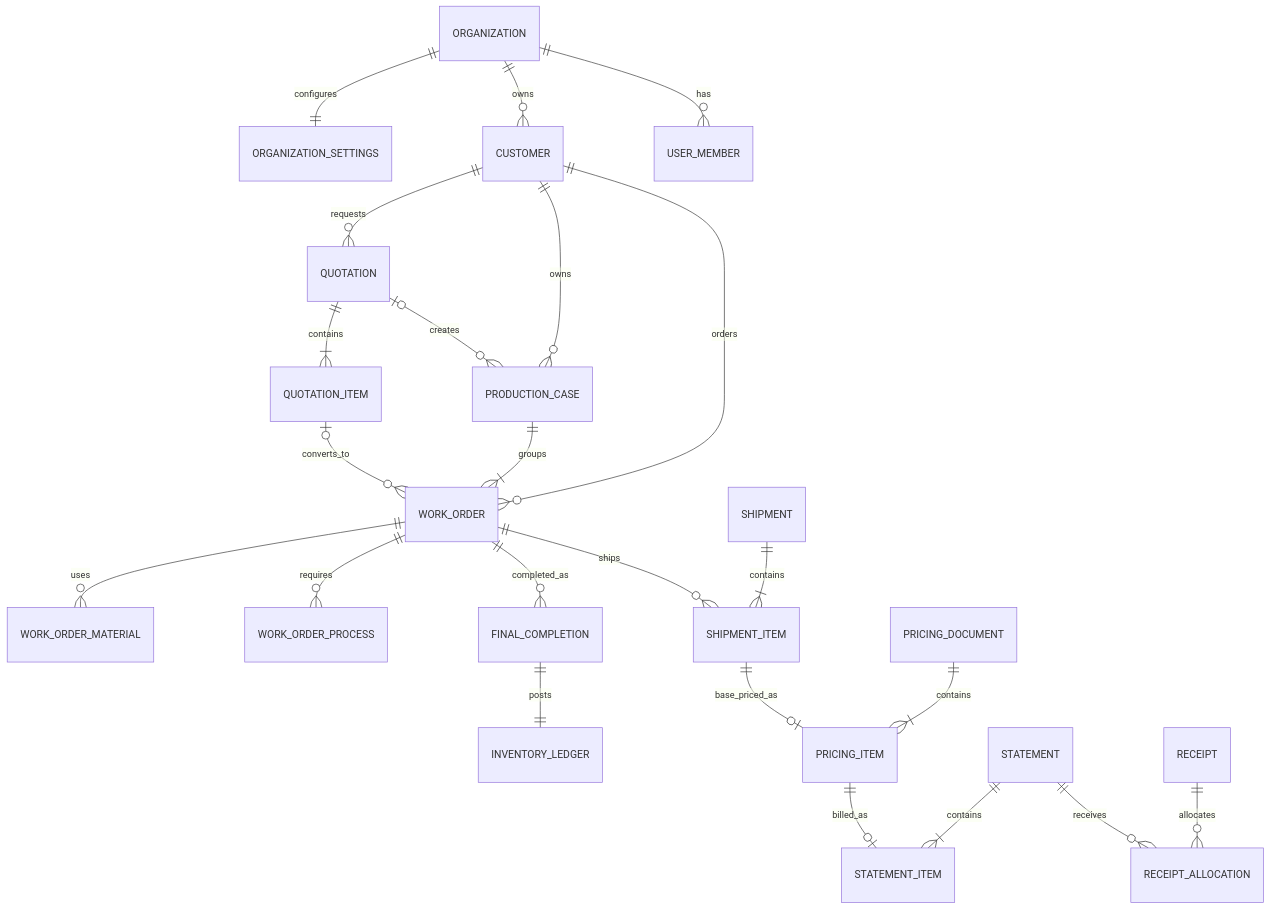
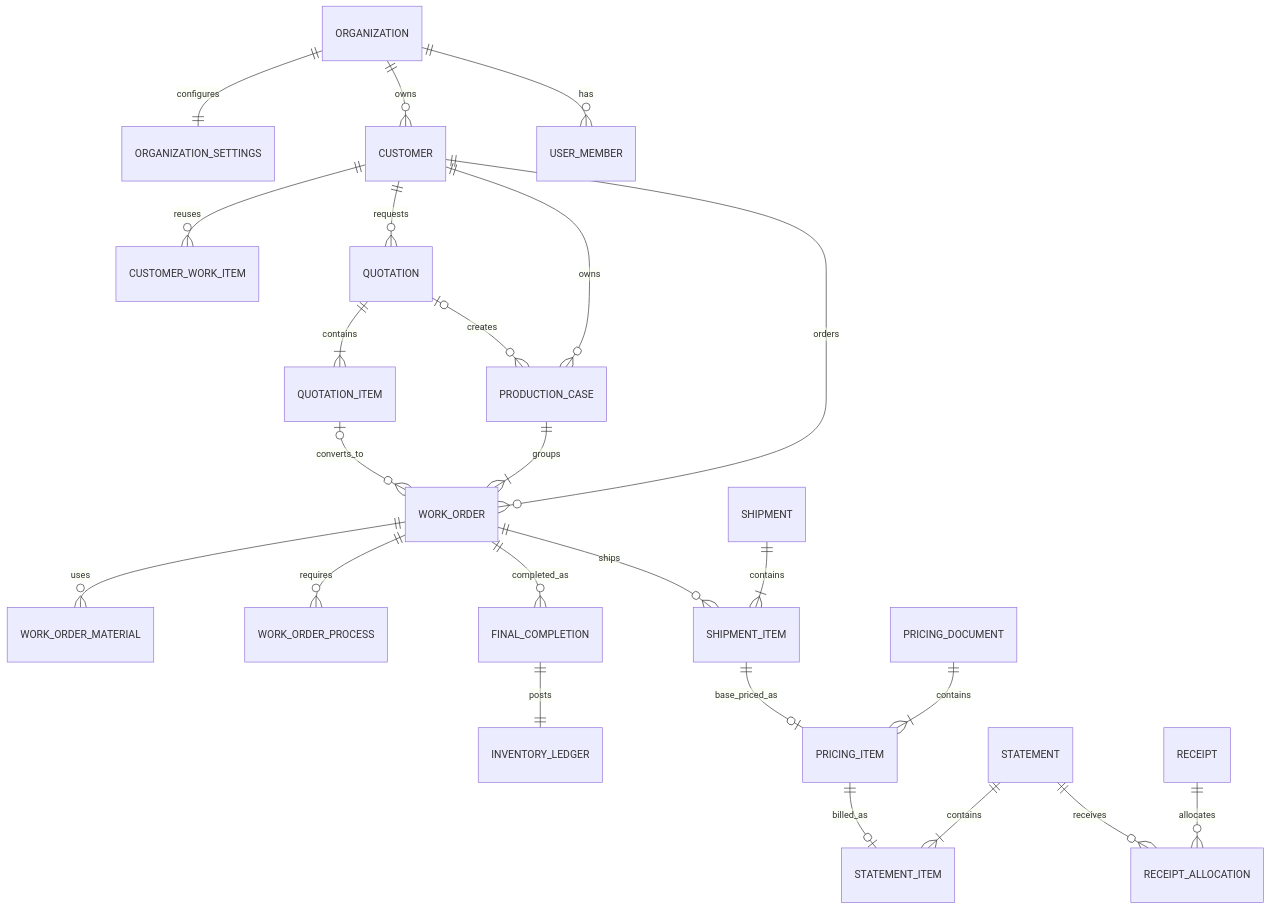
The diagram in docs/資料模型與業務規則.md (kk98033/company-operations-system), drawn with Mermaid before and after one commit. The commit also changed other lines of this file and 63 other files, not shown here.

````diff
--- a/docs/資料模型與業務規則.md
+++ b/docs/資料模型與業務規則.md
@@ -7,25 +7,26 @@
 ```mermaid
 erDiagram
     ORGANIZATION ||--|| ORGANIZATION_SETTINGS : configures
     ORGANIZATION ||--o{ CUSTOMER : owns
     ORGANIZATION ||--o{ USER_MEMBER : has
+    CUSTOMER ||--o{ CUSTOMER_WORK_ITEM : reuses
     CUSTOMER ||--o{ QUOTATION : requests
     QUOTATION ||--|{ QUOTATION_ITEM : contains
     CUSTOMER ||--o{ PRODUCTION_CASE : owns
     QUOTATION o|--o{ PRODUCTION_CASE : creates
     PRODUCTION_CASE ||--|{ WORK_ORDER : groups
     QUOTATION_ITEM o|--o{ WORK_ORDER : converts_to
     CUSTOMER ||--o{ WORK_ORDER : orders
     WORK_ORDER ||--o{ WORK_ORDER_MATERIAL : uses
     WORK_ORDER ||--o{ WORK_ORDER_PROCESS : requires
     WORK_ORDER ||--o{ FINAL_COMPLETION : completed_as
     FINAL_COMPLETION ||--|| INVENTORY_LEDGER : posts
     WORK_ORDER ||--o{ SHIPMENT_ITEM : ships
     SHIPMENT ||--|{ SHIPMENT_ITEM : contains
     SHIPMENT_ITEM ||--o| PRICING_ITEM : base_priced_as
     PRICING_DOCUMENT ||--|{ PRICING_ITEM : contains
     PRICING_ITEM ||--o| STATEMENT_ITEM : billed_as
     STATEMENT ||--|{ STATEMENT_ITEM : contains
     RECEIPT ||--o{ RECEIPT_ALLOCATION : allocates
     STATEMENT ||--o{ RECEIPT_ALLOCATION : receives
 ```
````
